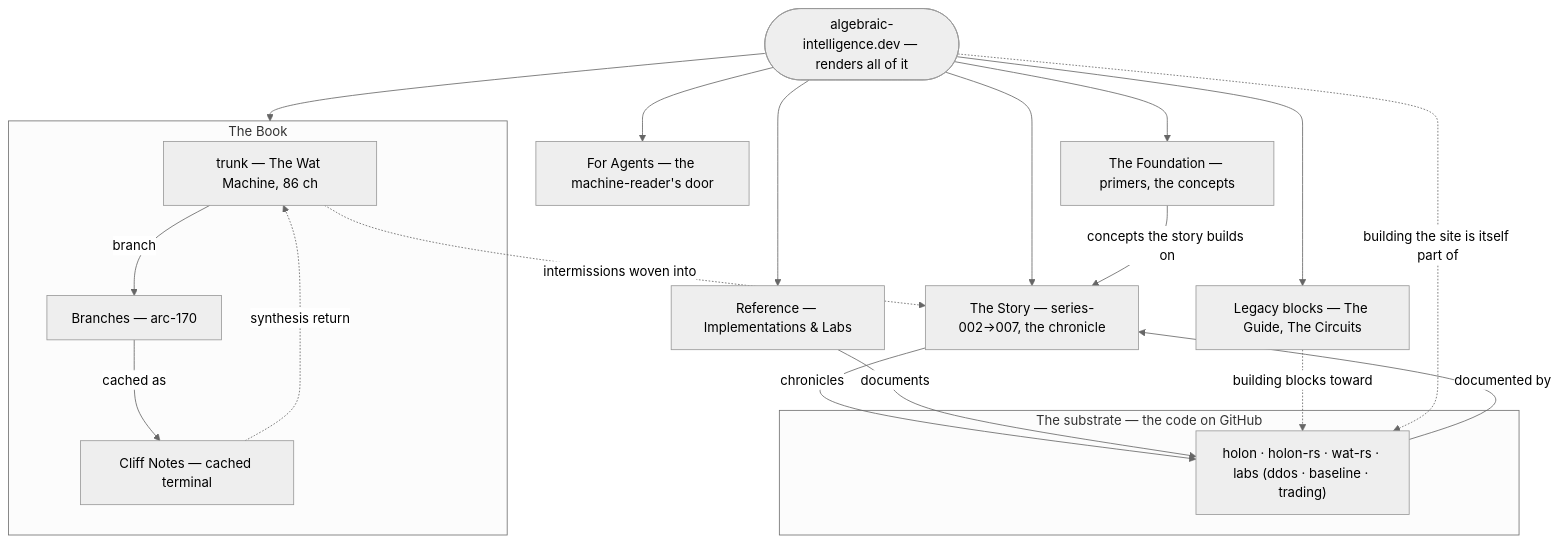
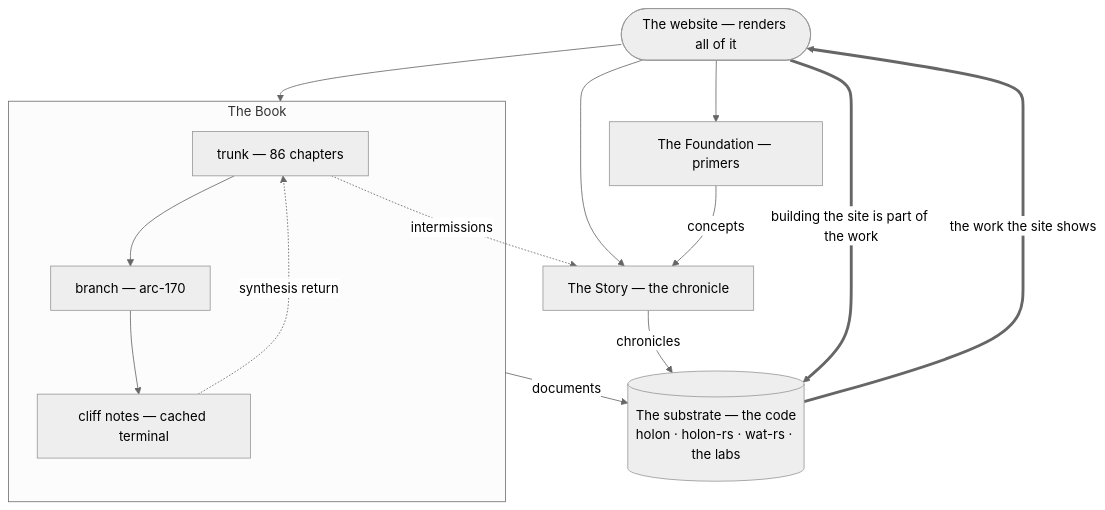
The diagram in src/content/docs/blog/topology.md (watmin/algebraic-intelligence.dev), drawn with Mermaid (neutral theme) before and after one commit. The commit also changed other lines of this file, not shown here.

Commit message:
topology: reorganize the body-of-work map to render larger
The first version laid out wide-and-flat (an 11-node graph, 6-way fan from
the site node), so the SVG scaled down into the prose column and the text
went tiny. Restructured narrow-and-tall to match how the site's other
diagrams render big:

- The Book becomes a vertical chain (trunk -> branch -> cliff, synthesis
  curling back) instead of a wide row.
- Peripheral nodes (reference, legacy, the agent door) moved to prose so the
  diagram stays legible — noted in the text so "all of it" stays honest.
- The closure loop is promoted to the visual centerpiece: thick `code` <-> `site`
  edges ("the work the site shows" / "building the site is part of the work").

Same grounded edges, fewer columns. Renders bigger.

````diff
--- a/src/content/docs/blog/topology.md
+++ b/src/content/docs/blog/topology.md
@@ -78,30 +78,24 @@
 ```mermaid
-flowchart TB
-  site(["algebraic-intelligence.dev — renders all of it"])
-  agents["For Agents — the machine-reader's door"]
-  foundation["The Foundation — primers, the concepts"]
-  story["The Story — series-002→007, the chronicle"]
-  reference["Reference — Implementations & Labs"]
-  legacy["Legacy blocks — The Guide, The Circuits"]
+graph TD
+  site(["The website — renders all of it"])
 
   subgraph TheBook["The Book"]
-    book["trunk — The Wat Machine, 86 ch"]
-    branch["Branches — arc-170"]
-    cliff["Cliff Notes — cached terminal"]
+    book["trunk — 86 chapters"]
+    branch["branch — arc-170"]
+    cliff["cliff notes — cached terminal"]
+    book --> branch --> cliff
+    cliff -.->|synthesis return| book
   end
 
-  subgraph Substrate["The substrate — the code on GitHub"]
-    code["holon · holon-rs · wat-rs · labs (ddos · baseline · trading)"]
-  end
+  primers["The Foundation — primers"]
+  story["The Story — the chronicle"]
+  code[("The substrate — the code<br/>holon · holon-rs · wat-rs · the labs")]
 
-  site --> agents & foundation & story & reference & legacy & TheBook
-  foundation -->|concepts the story builds on| story
-  book -->|branch| branch -->|cached as| cliff
-  cliff -.->|synthesis return| book
-  book -.->|intermissions woven into| story
+  site --> primers & story & TheBook
+  primers -->|concepts| story
+  book -.->|intermissions| story
   story -->|chronicles| code
-  reference -->|documents| code
-  legacy -.->|building blocks toward| code
-  code -->|documented by| story
-  site -.->|building the site is itself part of| code
+  TheBook -->|documents| code
+  code ==>|the work the site shows| site
+  site ==>|building the site is part of the work| code
 ```
````
